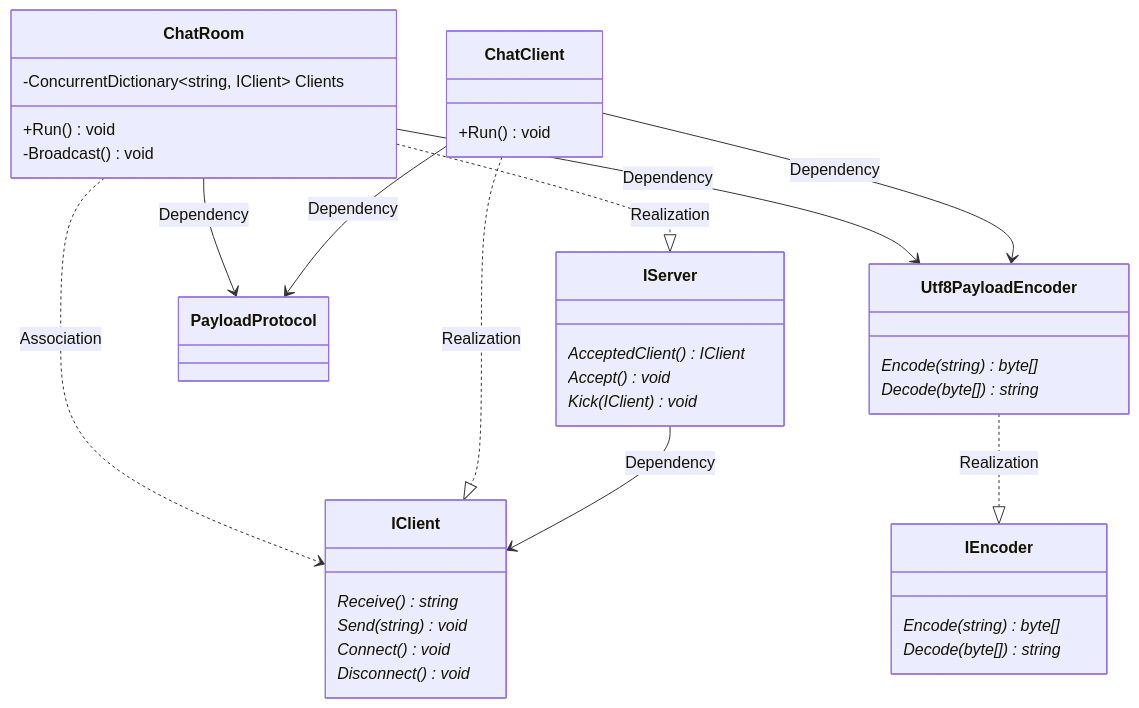
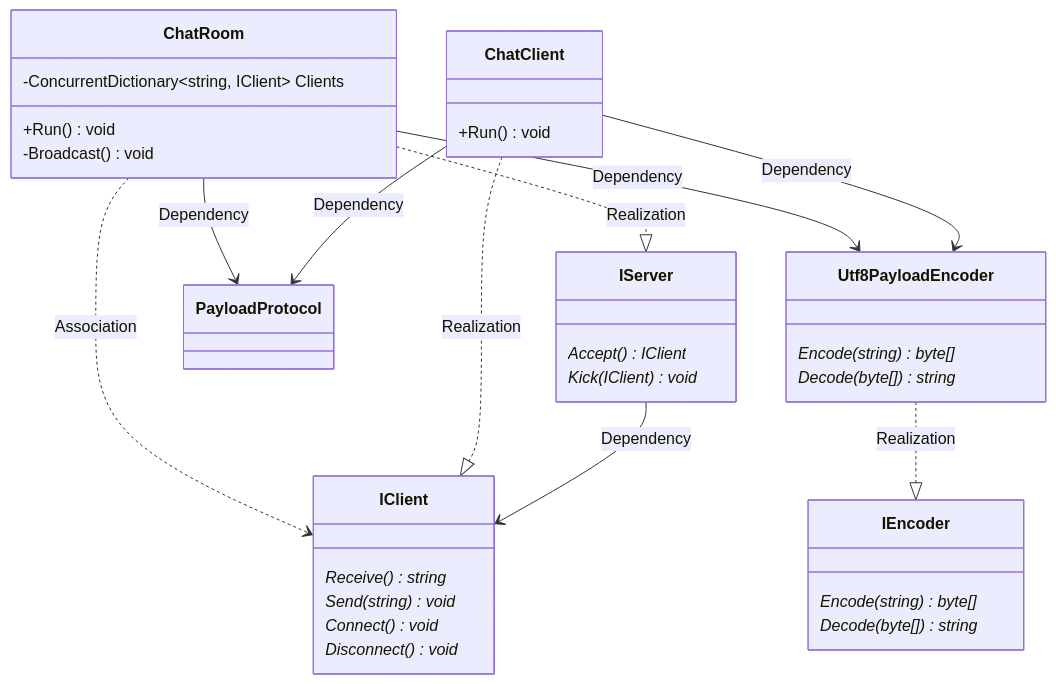
The second of 3 diagrams in README.md (kuro11pow2/chat), drawn with Mermaid before and after one commit.

````diff
--- a/README.md
+++ b/README.md
@@ -57,50 +57,49 @@
 ```mermaid
 classDiagram
     class IEncoder {
         Encode(string)* byte[]
         Decode(byte[])* string
     }
 
     class IClient {
         Receive()* string
         Send(string)* void
         Connect()* void
         Disconnect()* void
     }
 
     class IServer {
-        AcceptedClient()* IClient
-        Accept()* void
+        Accept()* IClient
         Kick(IClient)* void
     }
 
     IServer --> IClient : Dependency
 
     class PayloadProtocol {
 
     }
     
     class Utf8PayloadEncoder {
         Encode(string)* byte[]
         Decode(byte[])* string
     }
 
     class ChatClient {
         +Run() void
     }
 
     class ChatRoom {
         -ConcurrentDictionary~string, IClient~ Clients
         +Run() void
         -Broadcast() void
     }
 
     Utf8PayloadEncoder ..|> IEncoder : Realization
     ChatClient ..|> IClient : Realization
     ChatClient --> PayloadProtocol : Dependency
     ChatClient --> Utf8PayloadEncoder : Dependency
     ChatRoom ..|> IServer : Realization
     ChatRoom ..> IClient : Association
     ChatRoom --> PayloadProtocol : Dependency
     ChatRoom --> Utf8PayloadEncoder : Dependency
 ```
````
